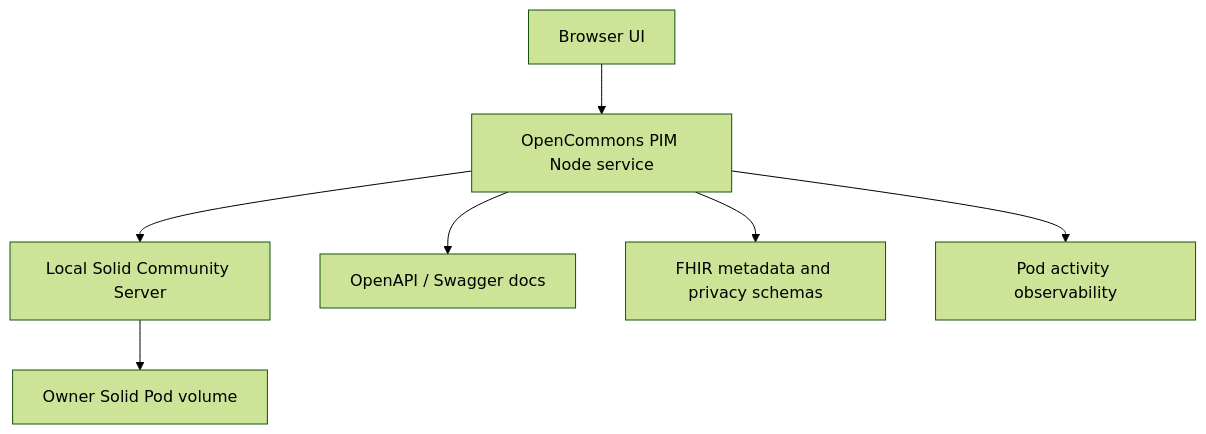
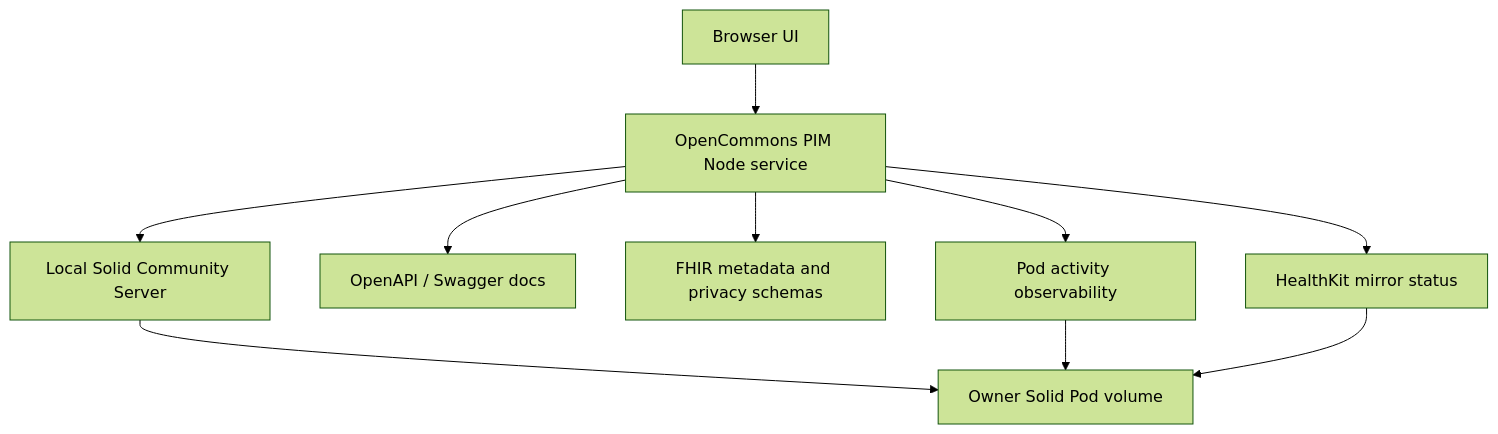
The first of 2 diagrams in docs/OPERATIONAL_STACK_DEPLOYMENT.md (jateeter/OpenCommons-Health---Personal-Information-Management), drawn with Mermaid (forest theme) before and after one commit. The commit also changed other lines of this file and 23 other files, not shown here.

Commit message:
Complete Pod audit and HealthKit observability phases (#29)

````diff
--- a/docs/OPERATIONAL_STACK_DEPLOYMENT.md
+++ b/docs/OPERATIONAL_STACK_DEPLOYMENT.md
@@ -8,17 +8,21 @@
 ```mermaid
 flowchart TB
   Browser["Browser UI"]
   PIM["OpenCommons PIM Node service"]
   Solid["Local Solid Community Server"]
   Pod["Owner Solid Pod volume"]
   Docs["OpenAPI / Swagger docs"]
   FHIR["FHIR metadata and privacy schemas"]
   Activity["Pod activity observability"]
+  HealthKit["HealthKit mirror status"]
 
   Browser --> PIM
   PIM --> Solid
   Solid --> Pod
   PIM --> Docs
   PIM --> FHIR
   PIM --> Activity
+  PIM --> HealthKit
+  Activity --> Pod
+  HealthKit --> Pod
 ```
````
